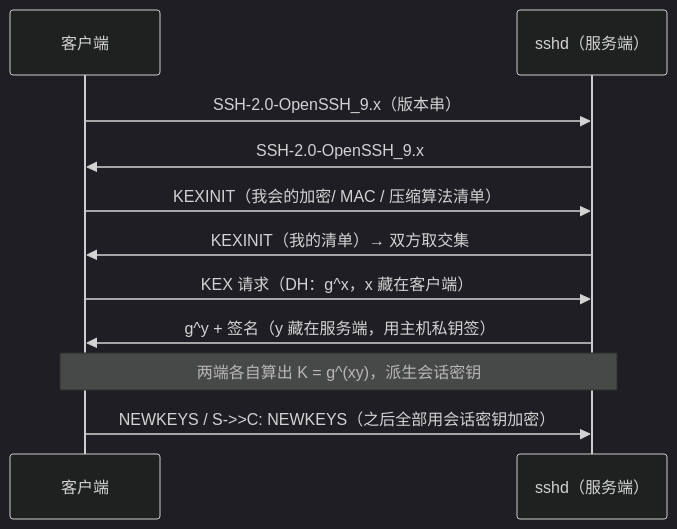
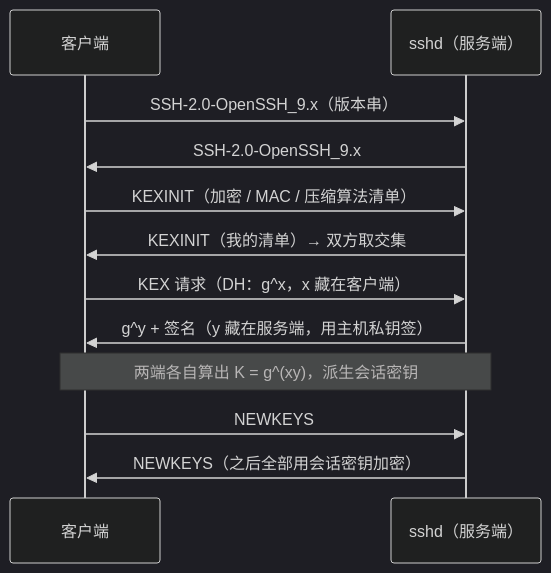
One commit to ml-cuizijun/LearnToLilith changed the second of 5 diagrams in 01-基础底座/26-SSH与远程访问/知识点.md. Above: the diagram before and after it, drawn with Mermaid (dark theme). The commit also changed other lines of this file and 178 other files, not shown here.

````diff
--- a/01-基础底座/26-SSH与远程访问/知识点.md
+++ b/01-基础底座/26-SSH与远程访问/知识点.md
@@ -102,13 +94,14 @@
 ```mermaid
 sequenceDiagram
     participant C as 客户端
     participant S as sshd（服务端）
     C->>S: SSH-2.0-OpenSSH_9.x（版本串）
     S->>C: SSH-2.0-OpenSSH_9.x
-    C->>S: KEXINIT（我会的加密/ MAC / 压缩算法清单）
+    C->>S: KEXINIT（加密 / MAC / 压缩算法清单）
     S->>C: KEXINIT（我的清单）→ 双方取交集
     C->>S: KEX 请求（DH：g^x，x 藏在客户端）
     S->>C: g^y + 签名（y 藏在服务端，用主机私钥签）
     Note over C,S: 两端各自算出 K = g^(xy)，派生会话密钥
-    C->>S: NEWKEYS / S->>C: NEWKEYS（之后全部用会话密钥加密）
+    C->>S: NEWKEYS
+    S->>C: NEWKEYS（之后全部用会话密钥加密）
 ```
````
